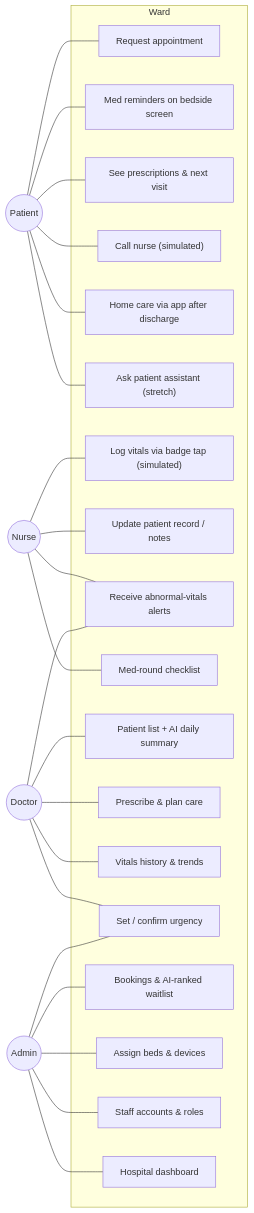
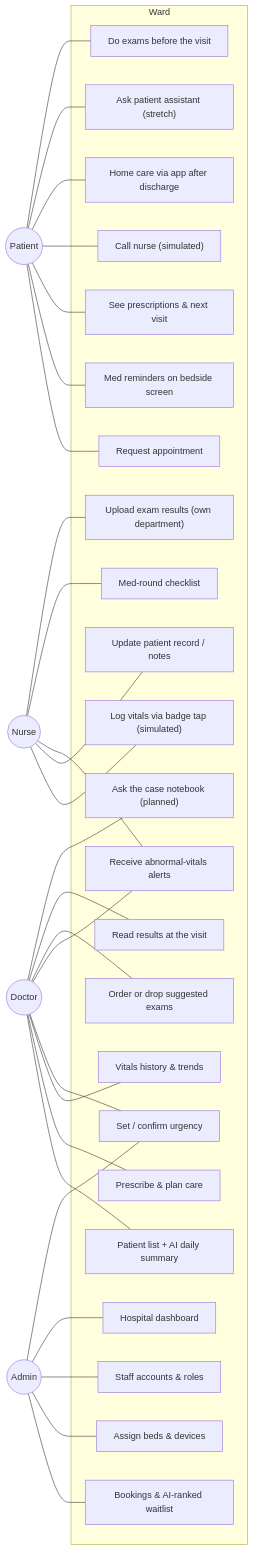
Before and after one commit to Faouzi-Blibech/smarty-hospital-: the second of 6 diagrams in docs/architecture.md, drawn with Mermaid. The commit also changed other lines of this file and 1 other file, not shown here.

Commit message:
docs: README and architecture for the single-visit pathway, AI routes and current status

````diff
--- a/docs/architecture.md
+++ b/docs/architecture.md
@@ -76,33 +92,38 @@
 ```mermaid
 flowchart LR
   P(("Patient"))
   N(("Nurse"))
   D(("Doctor"))
   A(("Admin"))
 
   subgraph Ward
     UC1["Request appointment"]
     UC2["Med reminders on bedside screen"]
     UC3["See prescriptions & next visit"]
     UC4["Call nurse (simulated)"]
     UC5["Home care via app after discharge"]
     UC6["Ask patient assistant (stretch)"]
     UC7["Log vitals via badge tap (simulated)"]
     UC8["Update patient record / notes"]
     UC9["Receive abnormal-vitals alerts"]
     UC10["Med-round checklist"]
     UC11["Patient list + AI daily summary"]
     UC12["Prescribe & plan care"]
     UC13["Vitals history & trends"]
     UC14["Set / confirm urgency"]
     UC16["Bookings & AI-ranked waitlist"]
     UC17["Assign beds & devices"]
     UC18["Staff accounts & roles"]
     UC19["Hospital dashboard"]
+    UC20["Do exams before the visit"]
+    UC21["Order or drop suggested exams"]
+    UC22["Upload exam results (own department)"]
+    UC23["Read results at the visit"]
+    UC24["Ask the case notebook (planned)"]
   end
 
-  P --- UC1 & UC2 & UC3 & UC4 & UC5 & UC6
-  N --- UC7 & UC8 & UC9 & UC10
-  D --- UC11 & UC12 & UC13 & UC14 & UC9
+  P --- UC1 & UC2 & UC3 & UC4 & UC5 & UC6 & UC20
+  N --- UC7 & UC8 & UC9 & UC10 & UC22
+  D --- UC11 & UC12 & UC13 & UC14 & UC9 & UC21 & UC23 & UC24
   A --- UC16 & UC17 & UC18 & UC19 & UC14
 ```
````
